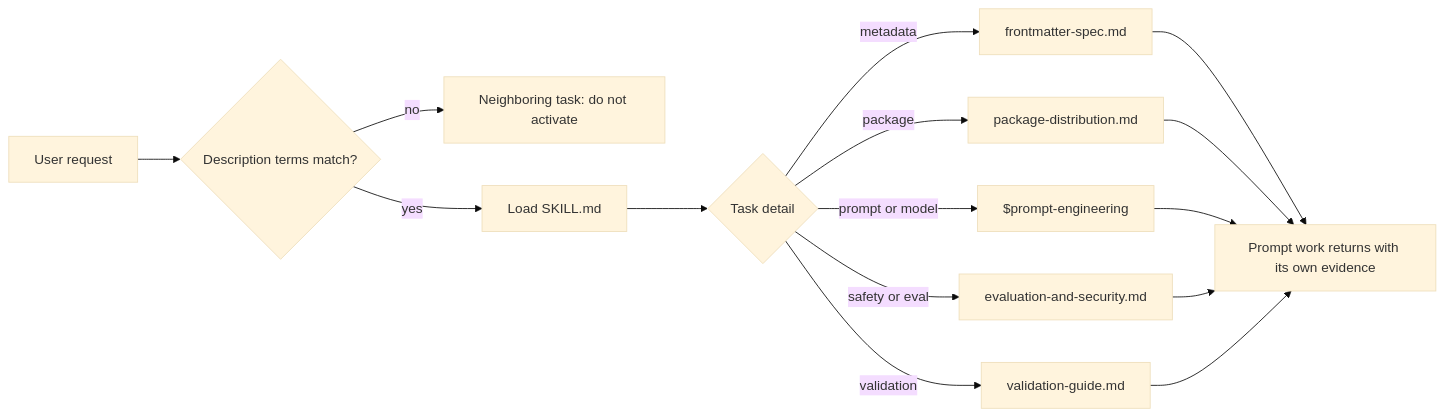
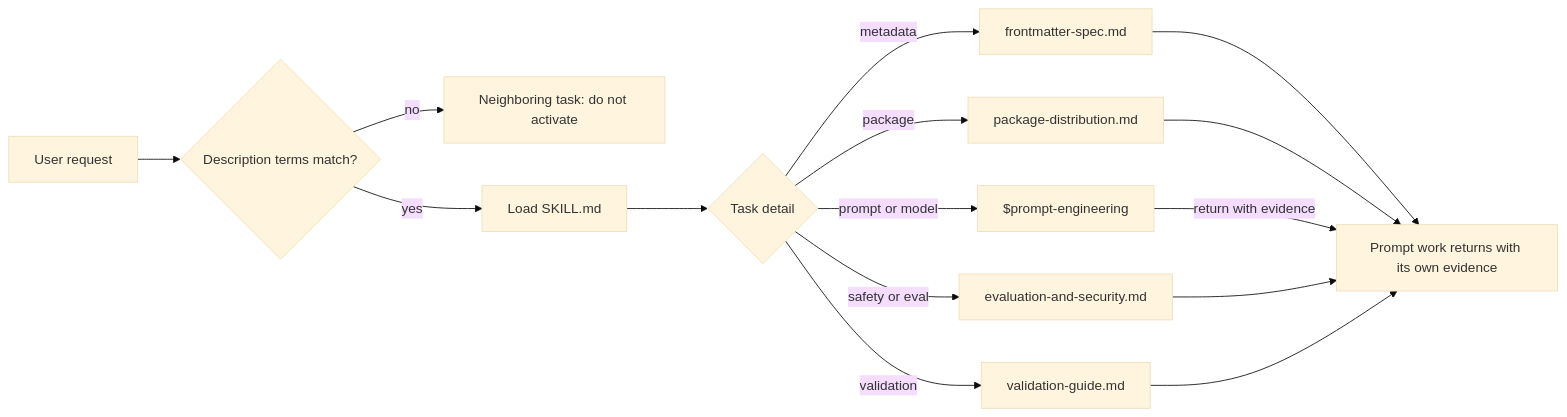
One commit to xsyetopz/.agents changed the first of 2 diagrams in skills/skill-creator/references/graph-and-examples.md. Above: the diagram before and after it, drawn with Mermaid (base theme). The commit also changed other lines of this file and 175 other files, not shown here.

Commit message:
refactor(skills): normalize reference conventions and Mermaid syntax

````diff
--- a/skills/skill-creator/references/graph-and-examples.md
+++ b/skills/skill-creator/references/graph-and-examples.md
@@ -13,17 +19,17 @@
 ```mermaid
 flowchart LR
   U[User request] --> D{Description terms match?}
-  D -- no --> O[Neighboring task: do not activate]
-  D -- yes --> S[Load SKILL.md]
+  D -->|no| O[Neighboring task: do not activate]
+  D -->|yes| S[Load SKILL.md]
   S --> T{Task detail}
-  T -- metadata --> F[frontmatter-spec.md]
-  T -- package --> P[package-distribution.md]
-  T -- prompt or model --> G[$prompt-engineering]
-  T -- safety or eval --> E[evaluation-and-security.md]
-  T -- validation --> V[validation-guide.md]
+  T -->|metadata| F[frontmatter-spec.md]
+  T -->|package| P[package-distribution.md]
+  T -->|prompt or model| G["$prompt-engineering"]
+  T -->|safety or eval| E[evaluation-and-security.md]
+  T -->|validation| V[validation-guide.md]
   F --> C[Check observable completion]
   P --> C
-  G --> C[Prompt work returns with its own evidence]
+  G -->|return with evidence| C[Prompt work returns with its own evidence]
   E --> C
   V --> C
 ```
````
